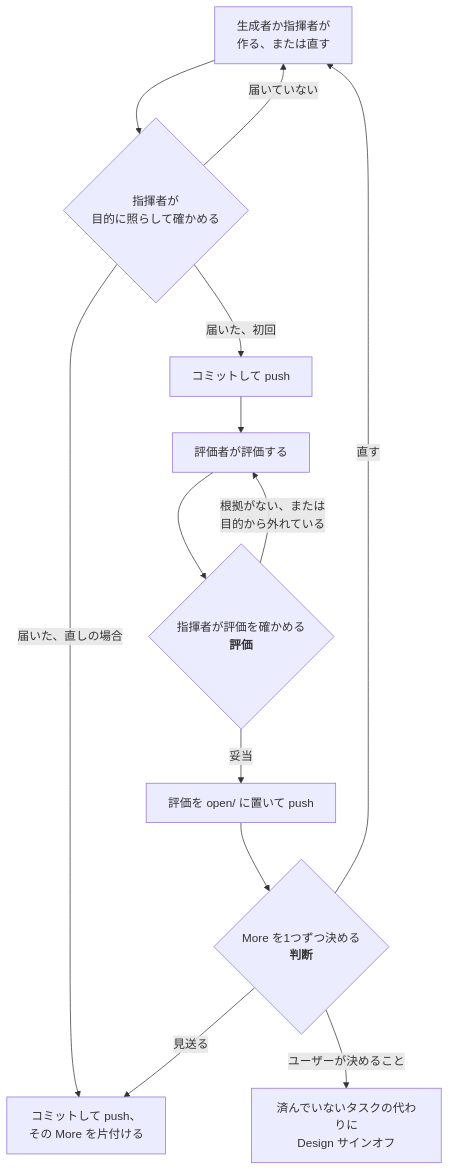
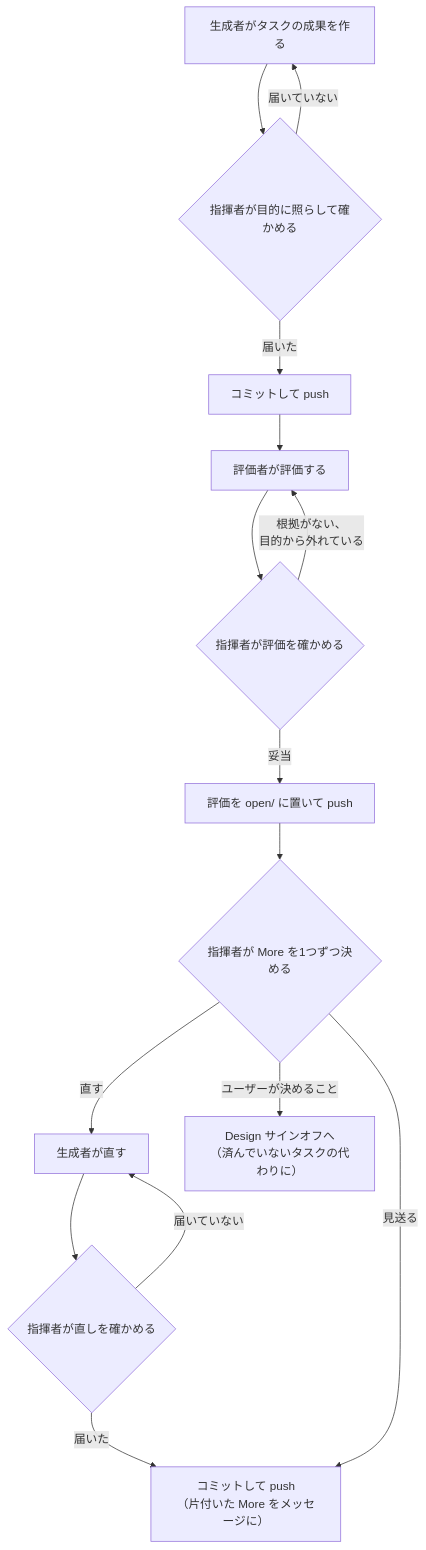
Before and after one commit to lovaizu/ccpm: the fifth of 6 diagrams in rn/docs/design.md, drawn with Mermaid. The commit also changed other lines of this file, not shown here.

Commit message:
docs(rn): design.md (Japanese, for review) — every actor drawn with what passes between them; session flow before the generic cycle; essentials and decisions as items

````diff
--- a/rn/docs/design.md
+++ b/rn/docs/design.md
@@ -88,24 +170,28 @@
 ```mermaid
 flowchart TD
-    M["生成者か指揮者が<br/>作る、または直す"]
-    K{"指揮者が<br/>目的に照らして確かめる"}
+    M["生成者がタスクの成果を作る"]
+    K{"指揮者が目的に照らして確かめる"}
     C["コミットして push"]
     V["評価者が評価する"]
-    KE{"指揮者が評価を確かめる<br/><b>評価</b>"}
+    KE{"指揮者が評価を確かめる"}
     O["評価を open/ に置いて push"]
-    D{"More を1つずつ決める<br/><b>判断</b>"}
-    S["コミットして push、<br/>その More を片付ける"]
-    U["済んでいないタスクの代わりに<br/>Design サインオフ"]
+    D{"指揮者が More を1つずつ決める"}
+    F["生成者が直す"]
+    FK{"指揮者が直しを確かめる"}
+    S["コミットして push<br/>（片付いた More をメッセージに）"]
+    U["Design サインオフへ<br/>（済んでいないタスクの代わりに）"]
     M --> K
     K -->|"届いていない"| M
-    K -->|"届いた、初回"| C
+    K -->|"届いた"| C
     C --> V
     V --> KE
-    KE -->|"根拠がない、または<br/>目的から外れている"| V
+    KE -->|"根拠がない、<br/>目的から外れている"| V
     KE -->|"妥当"| O
     O --> D
-    D -->|"直す"| M
-    K -->|"届いた、直しの場合"| S
+    D -->|"直す"| F
+    F --> FK
+    FK -->|"届いていない"| F
+    FK -->|"届いた"| S
     D -->|"見送る"| S
     D -->|"ユーザーが決めること"| U
 ```
````
